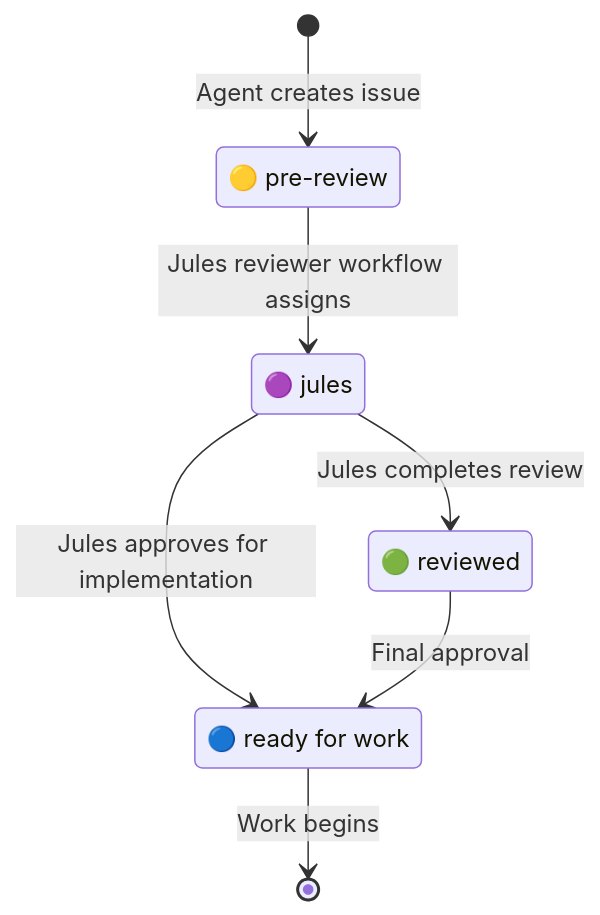
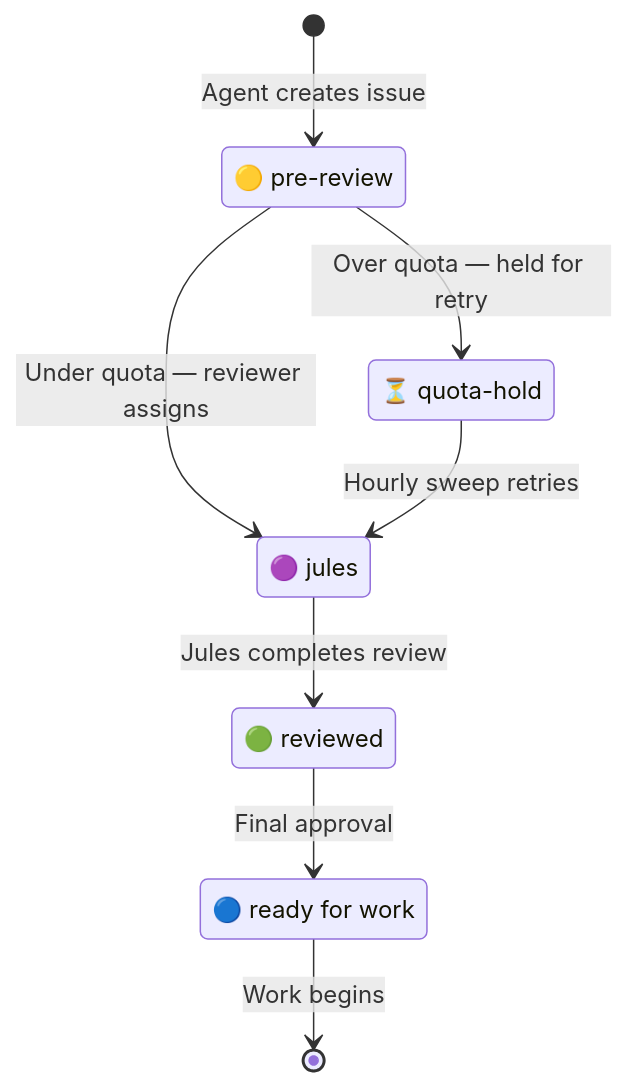
One commit to LokiMetaSmith/keystone-polyphony changed the sixth of 6 diagrams in docs/ci-cd.md. Above: the diagram before and after it, drawn with Mermaid. The commit also changed other lines of this file and 3 other files, not shown here.

First line of the commit message:
feat: add rolling 24h quota for Jules and document repo variables

````diff
--- a/docs/ci-cd.md
+++ b/docs/ci-cd.md
@@ -111,14 +110,16 @@
 ```mermaid
 stateDiagram-v2
     [*] --> pre_review : Agent creates issue
-    pre_review --> jules : Jules reviewer workflow assigns
+    pre_review --> jules : Under quota — reviewer assigns
+    pre_review --> quota_hold : Over quota — held for retry
+    quota_hold --> jules : Hourly sweep retries
     jules --> reviewed : Jules completes review
-    jules --> ready_for_work : Jules approves for implementation
     reviewed --> ready_for_work : Final approval
     ready_for_work --> [*] : Work begins
 
     pre_review : 🟡 pre-review
+    quota_hold : ⏳ quota-hold
     jules : 🟣 jules
     reviewed : 🟢 reviewed
     ready_for_work : 🔵 ready for work
 ```
````
